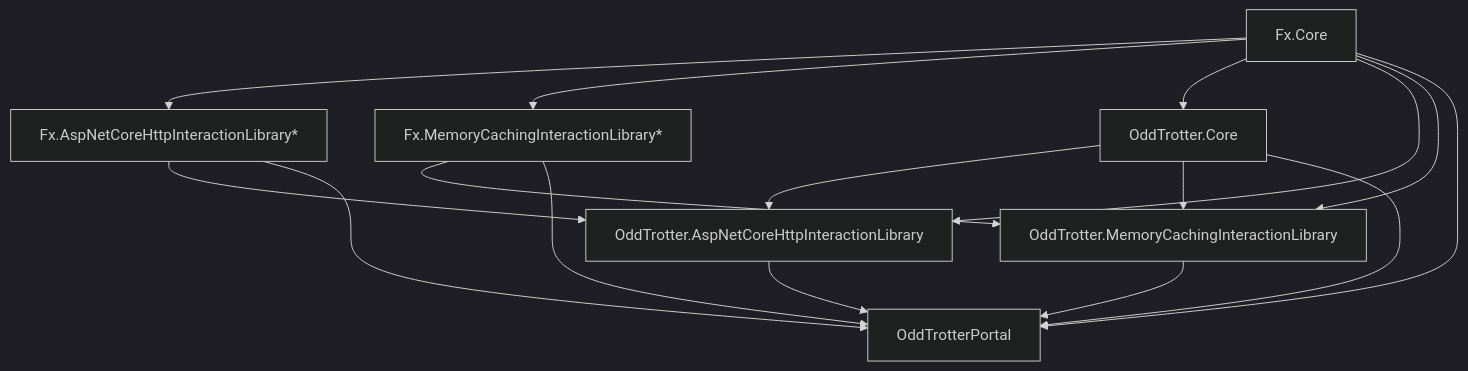
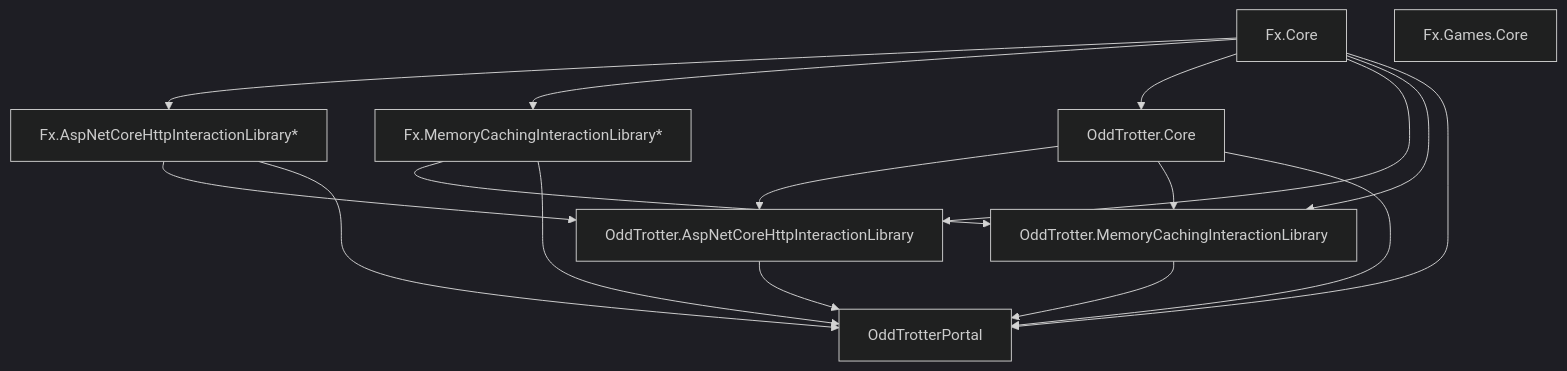
The diagram in dependencies.md (ravudet/OddTrotter2), drawn with Mermaid (dark theme) before and after one commit. The commit also changed other lines of this file, not shown here.

````diff
--- a/dependencies.md
+++ b/dependencies.md
@@ -14,23 +16,25 @@
 ```mermaid
 graph TD;
     Fx.Core-->Fx.AspNetCoreHttpInteractionLibrary*;
 
     Fx.Core-->Fx.MemoryCachingInteractionLibrary*;
 
     Fx.Core-->OddTrotter.Core;
 
     Fx.Core-->OddTrotter.AspNetCoreHttpInteractionLibrary;
     OddTrotter.Core-->OddTrotter.AspNetCoreHttpInteractionLibrary;
     Fx.AspNetCoreHttpInteractionLibrary*-->OddTrotter.AspNetCoreHttpInteractionLibrary;
 
     Fx.Core-->OddTrotter.MemoryCachingInteractionLibrary;
     OddTrotter.Core-->OddTrotter.MemoryCachingInteractionLibrary;
     Fx.MemoryCachingInteractionLibrary*-->OddTrotter.MemoryCachingInteractionLibrary;
 
     Fx.Core-->OddTrotterPortal;
     Fx.AspNetCoreHttpInteractionLibrary*-->OddTrotterPortal;
     Fx.MemoryCachingInteractionLibrary*-->OddTrotterPortal;
     OddTrotter.Core-->OddTrotterPortal;
     OddTrotter.AspNetCoreHttpInteractionLibrary-->OddTrotterPortal;
     OddTrotter.MemoryCachingInteractionLibrary-->OddTrotterPortal;
+
+    Fx.Games.Core
 ```
````
